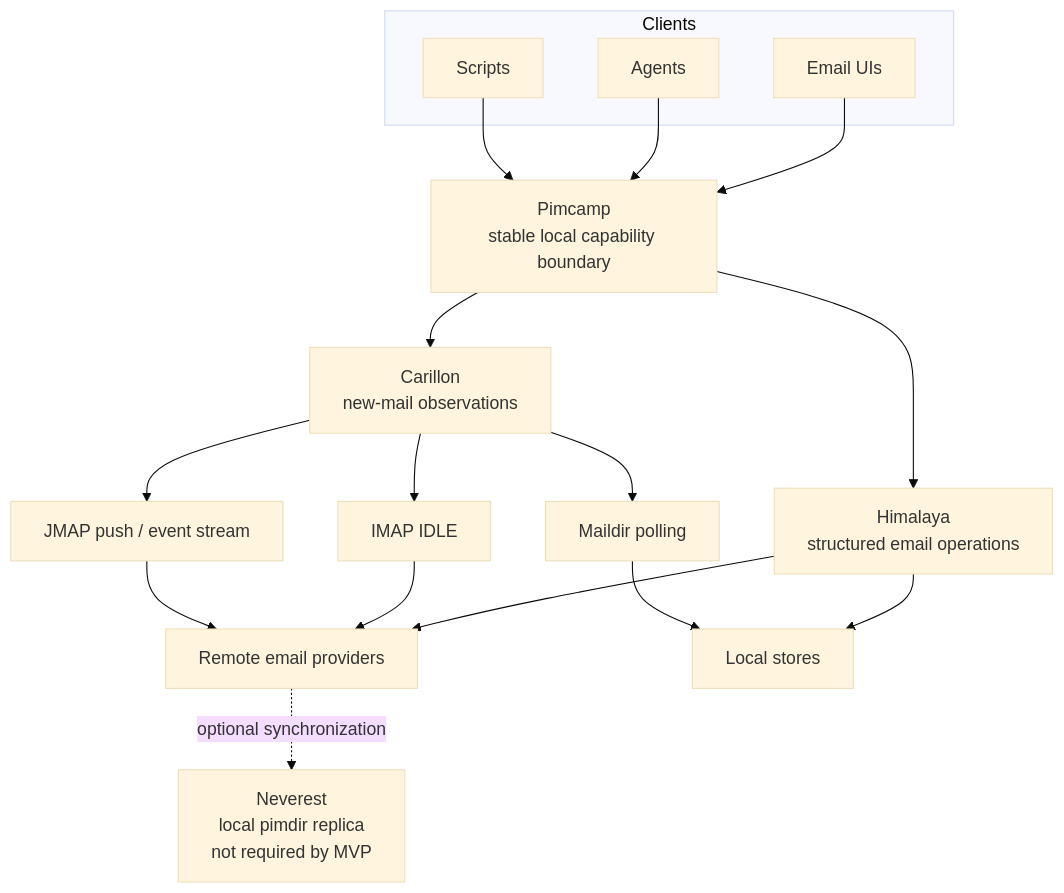
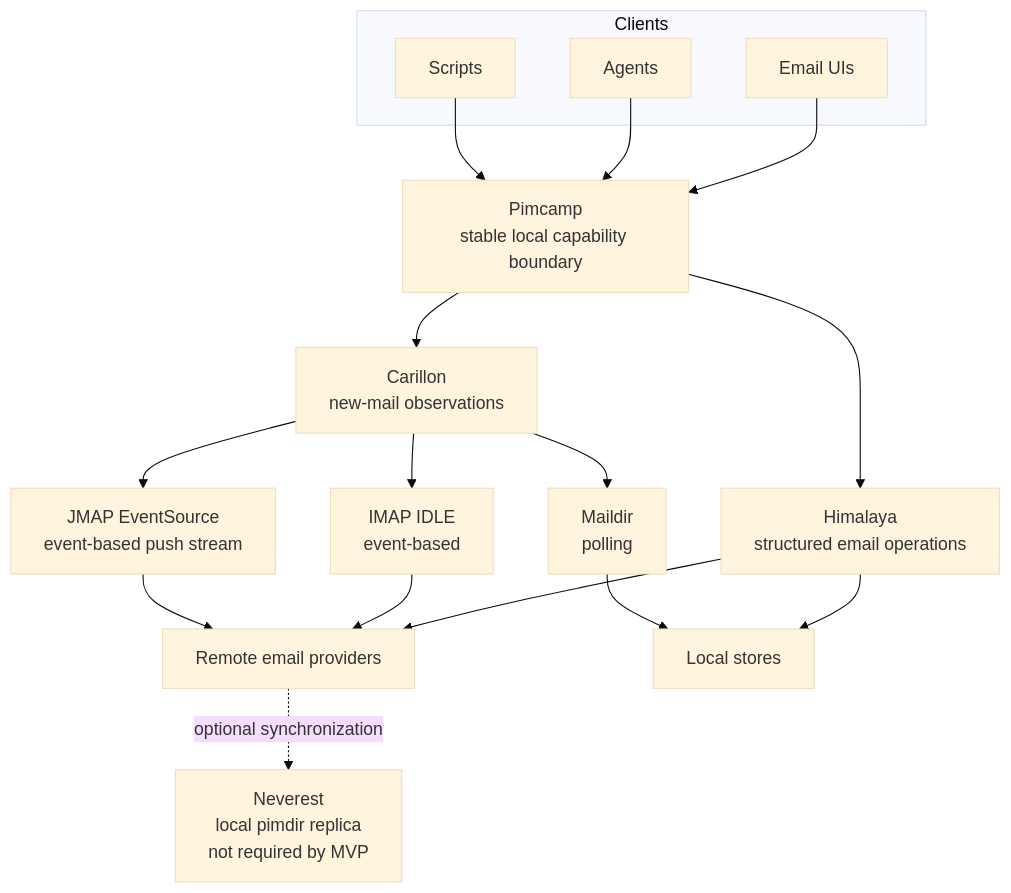
One commit to clickety-clacks/pimcamp changed the diagram in README.md. Above: the diagram before and after it, drawn with Mermaid (base theme). The commit also changed other lines of this file, not shown here.

Commit message:
docs: clarify Carillon observation modes

````diff
--- a/README.md
+++ b/README.md
@@ -13,28 +13,28 @@
 ```mermaid
 flowchart TB
     subgraph Clients
         UI[Email UIs]
         Agents[Agents]
         Scripts[Scripts]
     end
 
     UI --> Pimcamp
     Agents --> Pimcamp
     Scripts --> Pimcamp
 
     Pimcamp[Pimcamp<br/>stable local capability boundary]
 
     Pimcamp --> Himalaya[Himalaya<br/>structured email operations]
     Pimcamp --> Carillon[Carillon<br/>new-mail observations]
 
     Himalaya --> Providers[Remote email providers]
     Himalaya --> LocalStores[Local stores]
-    Carillon --> IMAP[IMAP IDLE]
-    Carillon --> JMAP[JMAP push / event stream]
-    Carillon --> Maildir[Maildir polling]
+    Carillon --> IMAP[IMAP IDLE<br/>event-based]
+    Carillon --> JMAP[JMAP EventSource<br/>event-based push stream]
+    Carillon --> Maildir[Maildir<br/>polling]
     IMAP --> Providers
     JMAP --> Providers
     Maildir --> LocalStores
 
     Providers -. optional synchronization .-> Neverest[Neverest<br/>local pimdir replica<br/>not required by MVP]
 ```
````
